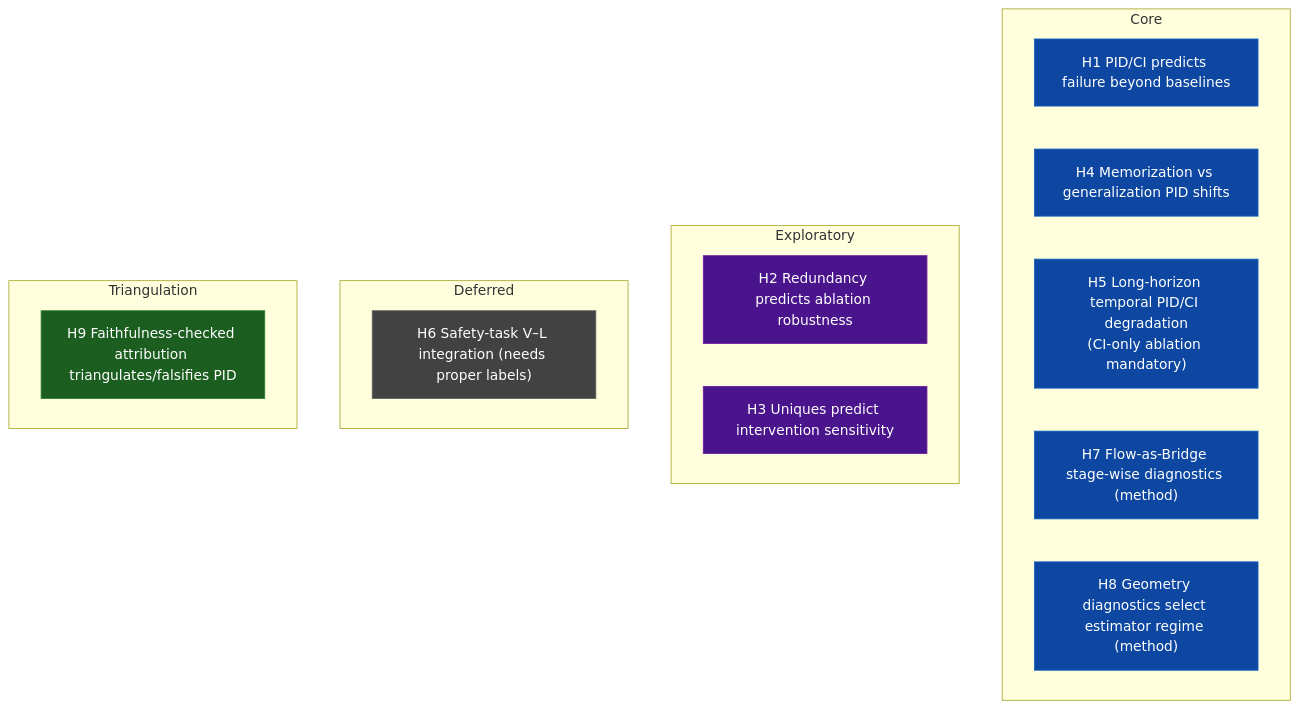
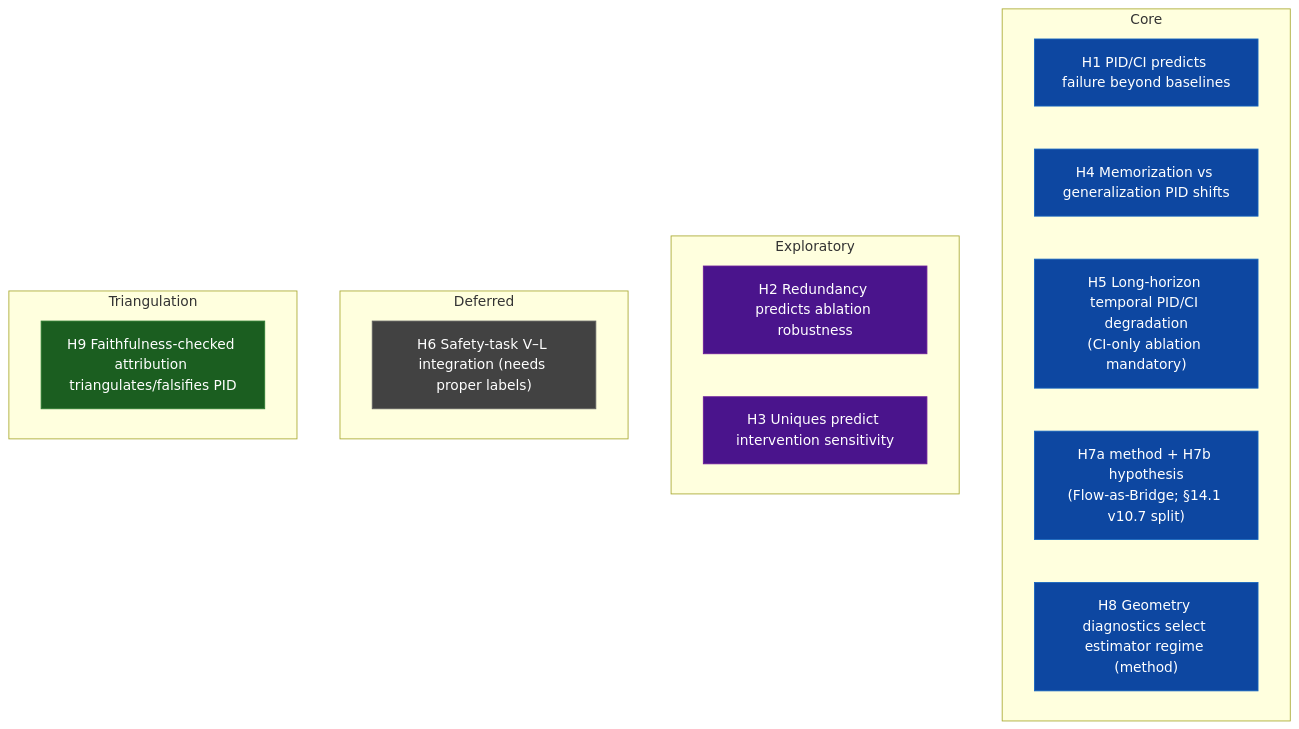
Before and after one commit to sepahead/prisoma: the second of 18 diagrams in DIAGRAMS.md, drawn with Mermaid. The commit also changed other lines of this file and 10 other files, not shown here.

````diff
--- a/DIAGRAMS.md
+++ b/DIAGRAMS.md
@@ -64,28 +64,28 @@
 ```mermaid
 flowchart TB
     classDef core fill:#0d47a1,stroke:#1565c0,color:#fff;
     classDef expl fill:#4a148c,stroke:#6a1b9a,color:#fff;
     classDef defer fill:#424242,stroke:#616161,color:#fff;
     classDef tri fill:#1b5e20,stroke:#2e7d32,color:#fff;
 
     subgraph Core["Core"]
         H1["H1 PID/CI predicts failure beyond baselines"]:::core
         H4["H4 Memorization vs generalization PID shifts"]:::core
         H5["H5 Long-horizon temporal PID/CI degradation<br/>(CI-only ablation mandatory)"]:::core
-        H7["H7 Flow-as-Bridge stage-wise diagnostics (method)"]:::core
+        H7["H7a method + H7b hypothesis<br/>(Flow-as-Bridge; §14.1 v10.7 split)"]:::core
         H8["H8 Geometry diagnostics select estimator regime (method)"]:::core
     end
 
     subgraph Exploratory["Exploratory"]
         H2["H2 Redundancy predicts ablation robustness"]:::expl
         H3["H3 Uniques predict intervention sensitivity"]:::expl
     end
 
     subgraph Deferred["Deferred"]
         H6["H6 Safety-task V–L integration (needs proper labels)"]:::defer
     end
 
     subgraph Triangulation["Triangulation"]
         H9["H9 Faithfulness-checked attribution triangulates/falsifies PID"]:::tri
     end
 ```
````
